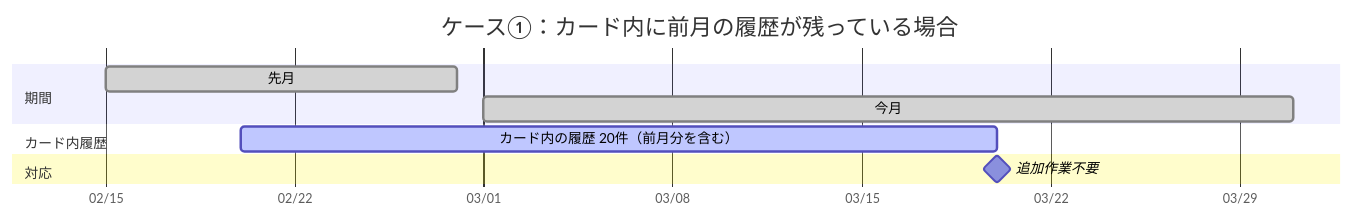
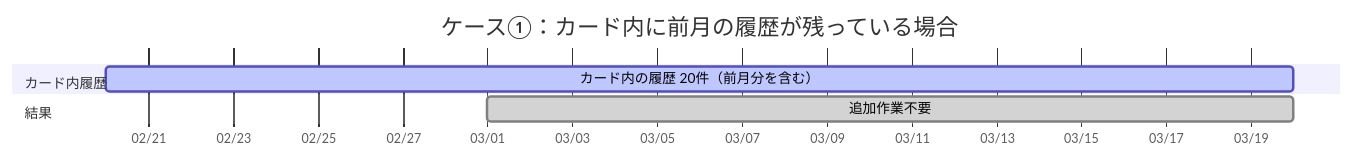
The first of 2 diagrams in ICCardManager/docs/manual/管理者マニュアル.md (kuwayamamasayuki/ICCardManager), drawn with Mermaid before and after one commit. The commit also changed other lines of this file, not shown here.

Commit message:
docs: Mermaid図から期間セクションを削除し行のずれを解消 (#950)
ganttチャートでは各タスクが別行になるため先月/今月が
縦にずれていた。期間セクションを削除し、日付軸で時期を
表現するシンプルな構成に変更。

````diff
--- a/ICCardManager/docs/manual/管理者マニュアル.md
+++ b/ICCardManager/docs/manual/管理者マニュアル.md
@@ -380,13 +380,10 @@
 ```mermaid
 gantt
     title ケース①：カード内に前月の履歴が残っている場合
     dateFormat  MM-DD
     axisFormat  %m/%d
-    section 期間
-    先月           :done, 02-15, 02-28
-    今月           :done, 03-01, 03-31
     section カード内履歴
     カード内の履歴 20件（前月分を含む） :active, 02-20, 03-20
-    section 対応
-    追加作業不要   :milestone, 03-20, 0d
+    section 結果
+    追加作業不要 :done, 03-01, 03-20
 ```
````
